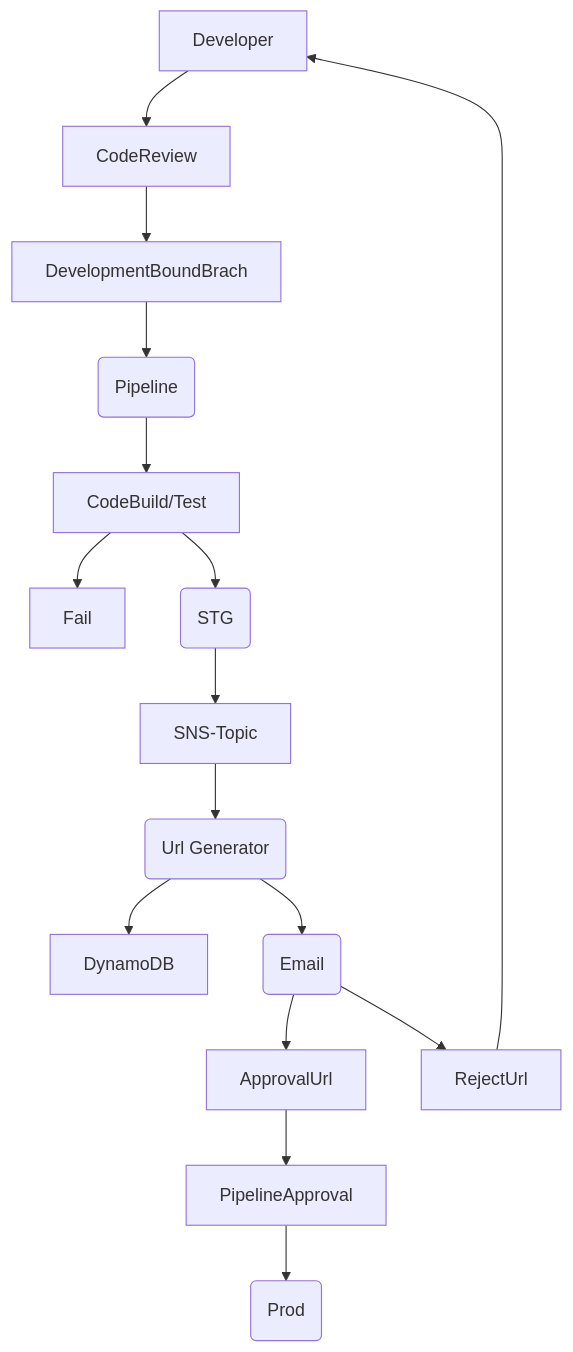
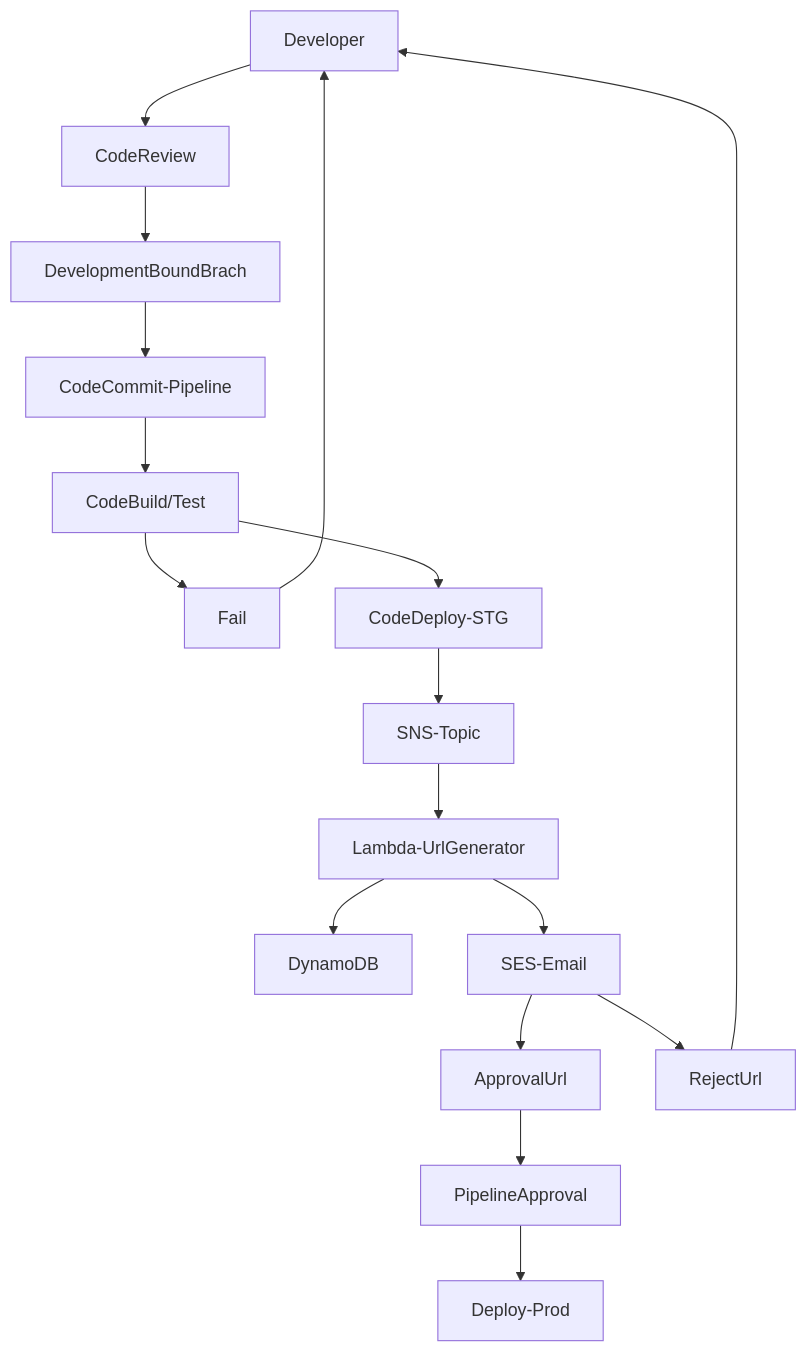
The diagram in README.md (landenf/CI-CD-Model), drawn with Mermaid before and after one commit.

Commit message:
push readme chart

````diff
--- a/README.md
+++ b/README.md
@@ -70,18 +70,19 @@
    ```mermaid
      graph TD;
         Developer-->CodeReview;
         CodeReview-->DevelopmentBoundBrach;
-        DevelopmentBoundBrach-->CodeCommit(Pipeline);
-        CodeCommit(Pipeline)-->CodeBuild/Test;
+        DevelopmentBoundBrach-->CodeCommit-Pipeline;
+        CodeCommit-Pipeline-->CodeBuild/Test;
         CodeBuild/Test-->Fail;
-        CodeBuild/Test-->CodeDeploy(STG);
-        CodeDeploy(STG)-->SNS-Topic;
-        SNS-Topic-->Lambda(Url Generator);
-        Lambda(Url Generator)-->DynamoDB;
-        Lambda(Url Generator)-->SES(Email);
-        SES(Email)-->ApprovalUrl;
-        SES(Email)-->RejectUrl;
+        Fail-->Developer;
+        CodeBuild/Test-->CodeDeploy-STG;
+        CodeDeploy-STG-->SNS-Topic;
+        SNS-Topic-->Lambda-UrlGenerator;
+        Lambda-UrlGenerator-->DynamoDB;
+        Lambda-UrlGenerator-->SES-Email;
+        SES-Email-->ApprovalUrl;
+        SES-Email-->RejectUrl;
         ApprovalUrl-->PipelineApproval;
         RejectUrl-->Developer;
-        PipelineApproval -->Deploy(Prod);
+        PipelineApproval -->Deploy-Prod;
    ```
````
